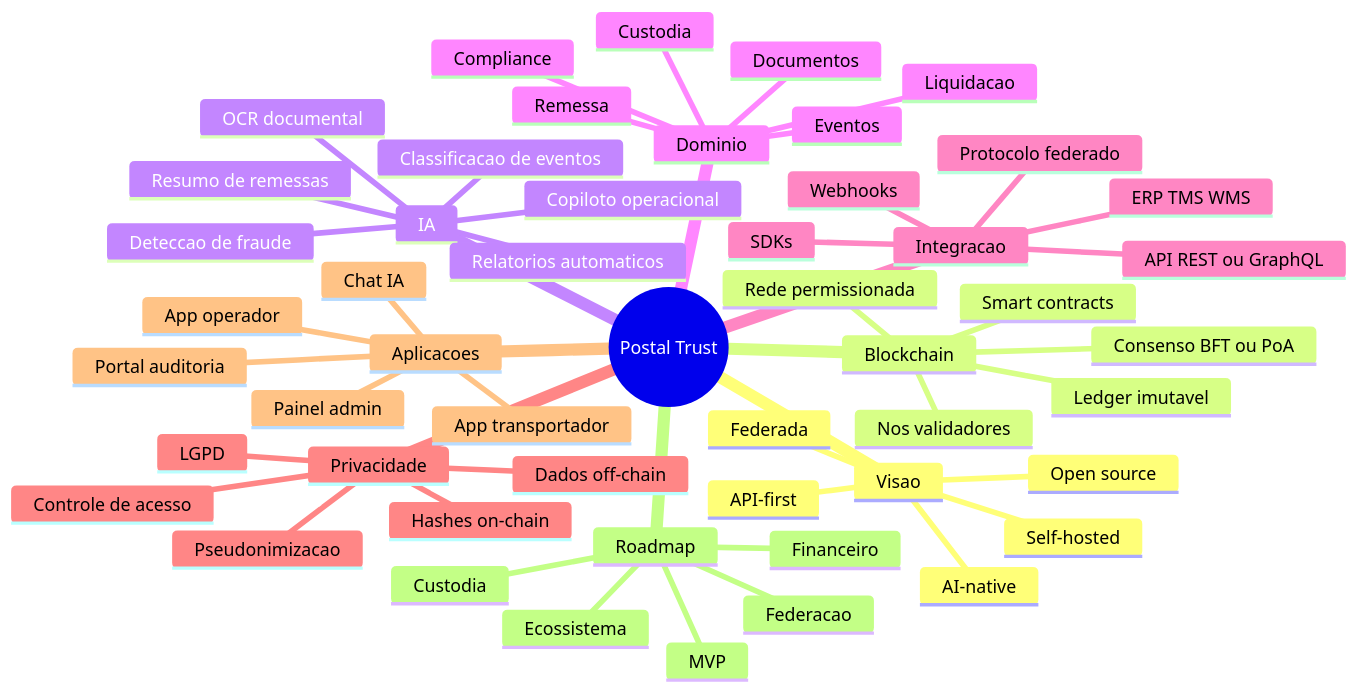
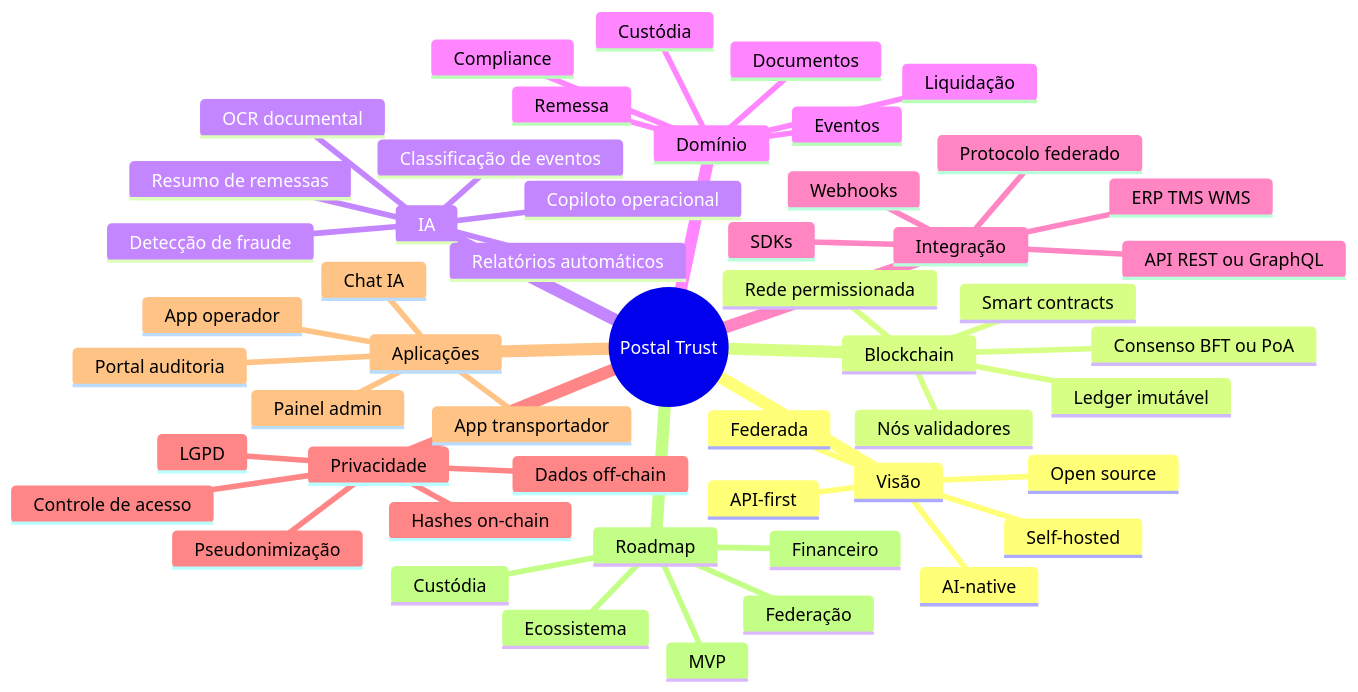
The first of 3 diagrams in OBSIDIAN_BRAIN.md (danielbfs/PostalTrust), drawn with Mermaid before and after one commit. The commit also changed other lines of this file and 5 other files, not shown here.

````diff
--- a/OBSIDIAN_BRAIN.md
+++ b/OBSIDIAN_BRAIN.md
@@ -7,54 +7,54 @@
 ```mermaid
 mindmap
   root((Postal Trust))
-    Visao
+    Visão
       Open source
       Self-hosted
       Federada
       API-first
       AI-native
     Blockchain
       Rede permissionada
-      Nos validadores
+      Nós validadores
       Consenso BFT ou PoA
-      Ledger imutavel
+      Ledger imutável
       Smart contracts
     IA
       OCR documental
-      Classificacao de eventos
+      Classificação de eventos
       Resumo de remessas
-      Deteccao de fraude
+      Detecção de fraude
       Copiloto operacional
-      Relatorios automaticos
-    Dominio
+      Relatórios automáticos
+    Domínio
       Remessa
-      Custodia
+      Custódia
       Eventos
       Documentos
-      Liquidacao
+      Liquidação
       Compliance
-    Integracao
+    Integração
       API REST ou GraphQL
       Webhooks
       SDKs
       Protocolo federado
       ERP TMS WMS
     Privacidade
       LGPD
-      Pseudonimizacao
+      Pseudonimização
       Dados off-chain
       Hashes on-chain
       Controle de acesso
-    Aplicacoes
+    Aplicações
       Painel admin
       Portal auditoria
       App operador
       App transportador
       Chat IA
     Roadmap
       MVP
-      Custodia
+      Custódia
       Financeiro
-      Federacao
+      Federação
       Ecossistema
 ```
````
